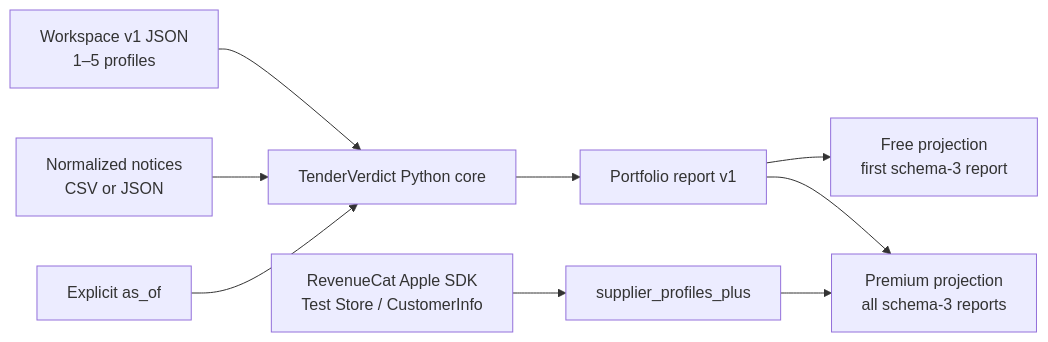
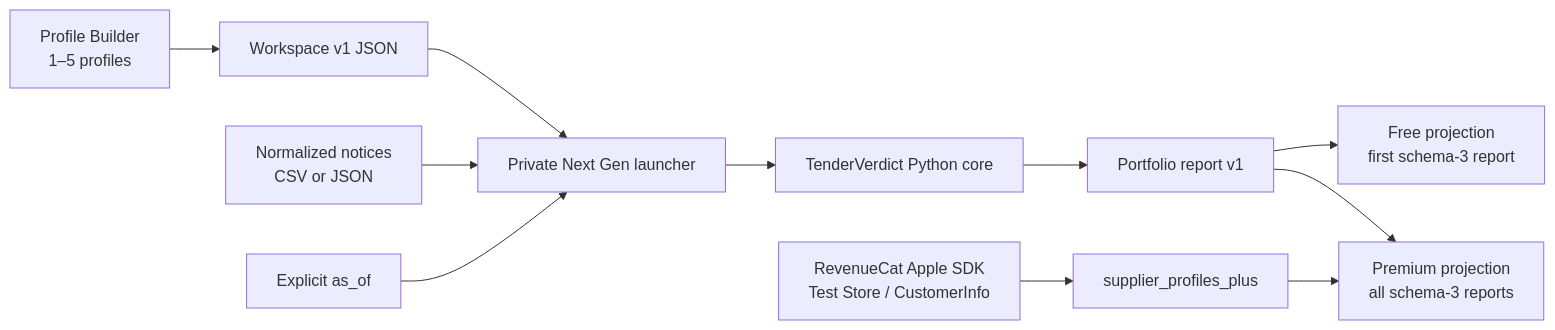
The diagram in docs/ARCHITECTURE.md (demidgost-sys/tenderverdict), drawn with Mermaid before and after one commit. The commit also changed other lines of this file and 35 other files, not shown here.

Commit message:
Implement Next Gen Portfolio Workspace experience

````diff
--- a/docs/ARCHITECTURE.md
+++ b/docs/ARCHITECTURE.md
@@ -7,11 +7,13 @@
 ```mermaid
 flowchart LR
-  W["Workspace v1 JSON\n1–5 profiles"] --> C["TenderVerdict Python core"]
-  N["Normalized notices\nCSV or JSON"] --> C
-  A["Explicit as_of"] --> C
+  B["Profile Builder\n1–5 profiles"] --> W["Workspace v1 JSON"]
+  W --> L["Private Next Gen launcher"]
+  N["Normalized notices\nCSV or JSON"] --> L
+  A["Explicit as_of"] --> L
+  L --> C["TenderVerdict Python core"]
   C --> R["Portfolio report v1"]
   R --> F["Free projection\nfirst schema-3 report"]
   R --> P["Premium projection\nall schema-3 reports"]
   RC["RevenueCat Apple SDK\nTest Store / CustomerInfo"] --> E["supplier_profiles_plus"]
   E --> P
 ```
````
